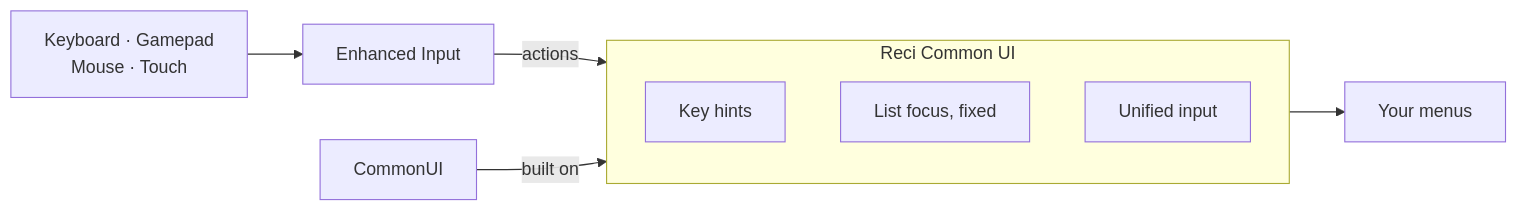
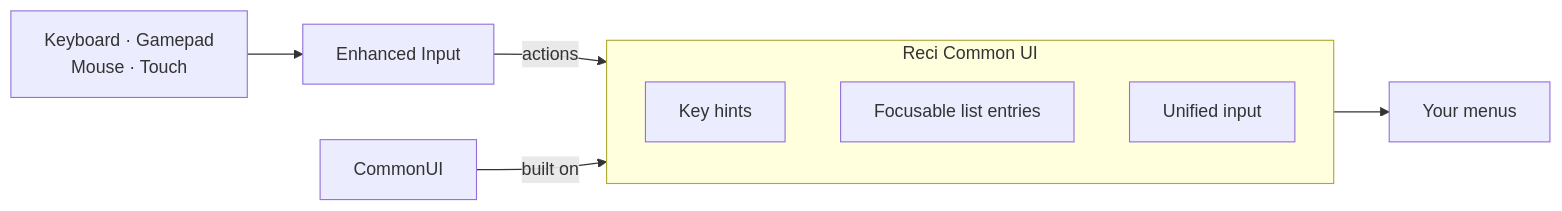
The diagram in README.md (shjh3117/ReciCommonUI), drawn with Mermaid before and after one commit. The commit also changed other lines of this file and 1 other file, not shown here.

Commit message:
README: list focus 항목 이름을 중립적으로 변경

````diff
--- a/README.md
+++ b/README.md
@@ -19,13 +19,13 @@
 ```mermaid
 flowchart LR
   Devices["Keyboard · Gamepad<br/>Mouse · Touch"] --> EI["Enhanced Input"]
   EI -->|actions| Reci
   CommonUI["CommonUI"] -->|built on| Reci
   subgraph Reci["Reci Common UI"]
     direction TB
     Hints["Key hints"]
-    Lists["List focus, fixed"]
+    Lists["Focusable list entries"]
     Input["Unified input"]
   end
   Reci --> Menus["Your menus"]
 ```
````
